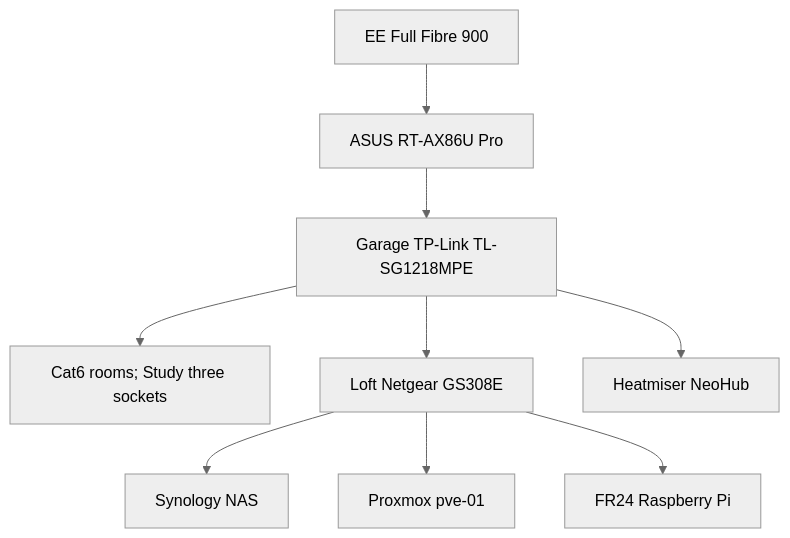
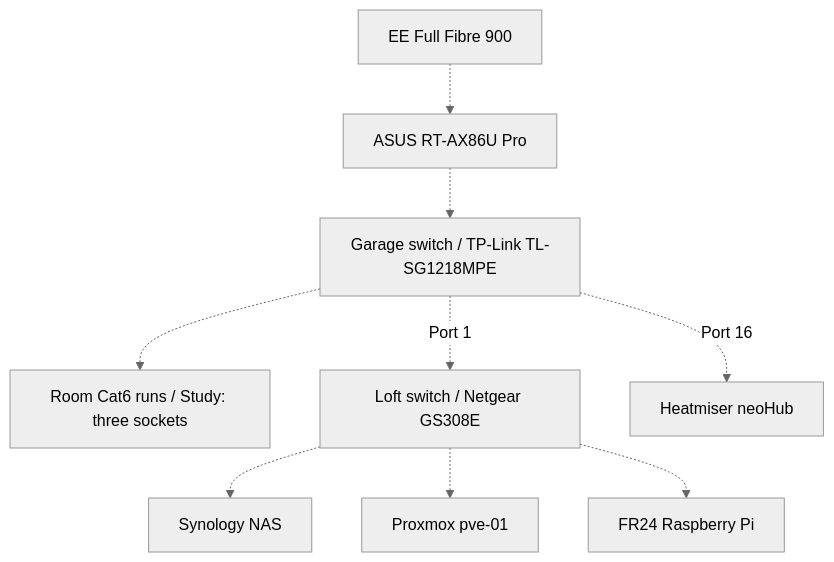
Before and after one commit to Blarm1959/BlandingsNetwork: the diagram in 02-Hardware/Topology.md, drawn with Mermaid (neutral theme). The commit also changed other lines of this file and 18 other files, not shown here.

````diff
--- a/02-Hardware/Topology.md
+++ b/02-Hardware/Topology.md
@@ -9,11 +10,20 @@
 ```mermaid
 flowchart TD
-  ISP[EE Full Fibre 900] --> Router[ASUS RT-AX86U Pro]
-  Router --> Garage[Garage TP-Link TL-SG1218MPE]
-  Garage --> Rooms[Cat6 rooms; Study three sockets]
-  Garage --> Loft[Loft Netgear GS308E]
-  Garage --> NeoHub[Heatmiser NeoHub]
-  Loft --> NAS[Synology NAS]
-  Loft --> PVE[Proxmox pve-01]
-  Loft --> Flight[FR24 Raspberry Pi]
+  ISP["EE Full Fibre 900"]
+  Router["ASUS RT-AX86U Pro"]
+  Garage["Garage switch / TP-Link TL-SG1218MPE"]
+  Rooms["Room Cat6 runs / Study: three sockets"]
+  Loft["Loft switch / Netgear GS308E"]
+  NeoHub["Heatmiser neoHub"]
+  NAS["Synology NAS"]
+  PVE["Proxmox pve-01"]
+  Flight["FR24 Raspberry Pi"]
+  ISP -.-> Router
+  Router -.-> Garage
+  Garage -.-> Rooms
+  Garage -. "Port 1" .-> Loft
+  Garage -. "Port 16" .-> NeoHub
+  Loft -.-> NAS
+  Loft -.-> PVE
+  Loft -.-> Flight
 ```
````
